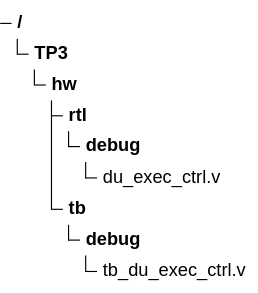
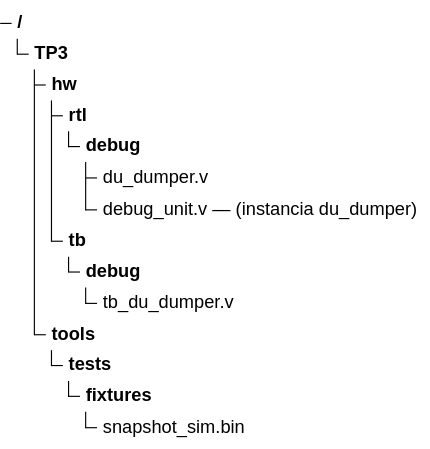
One commit to nicopinera/tps-arqui changed diagram 30 of 47 in docs/PRD-pipeline-riscv.md. Above: the diagram before and after it, drawn with Mermaid. The commit also changed other lines of this file and 32 other files, not shown here.

First line of the commit message:
Feature/us104 - Especificación del Protocolo de la Debug Unit (#7)

````diff
--- a/docs/PRD-pipeline-riscv.md
+++ b/docs/PRD-pipeline-riscv.md
@@ -1520,11 +1586,16 @@
 ```mermaid
 treeView-beta
     "TP3/"
         "hw/"
             "rtl/"
                 "debug/"
-                    "du_exec_ctrl.v"
+                    "du_dumper.v"
+                    "debug_unit.v — (instancia du_dumper)"
             "tb/"
                 "debug/"
-                    "tb_du_exec_ctrl.v"
+                    "tb_du_dumper.v"
+        "tools/"
+            "tests/"
+                "fixtures/"
+                    "snapshot_sim.bin"
 ```
````
